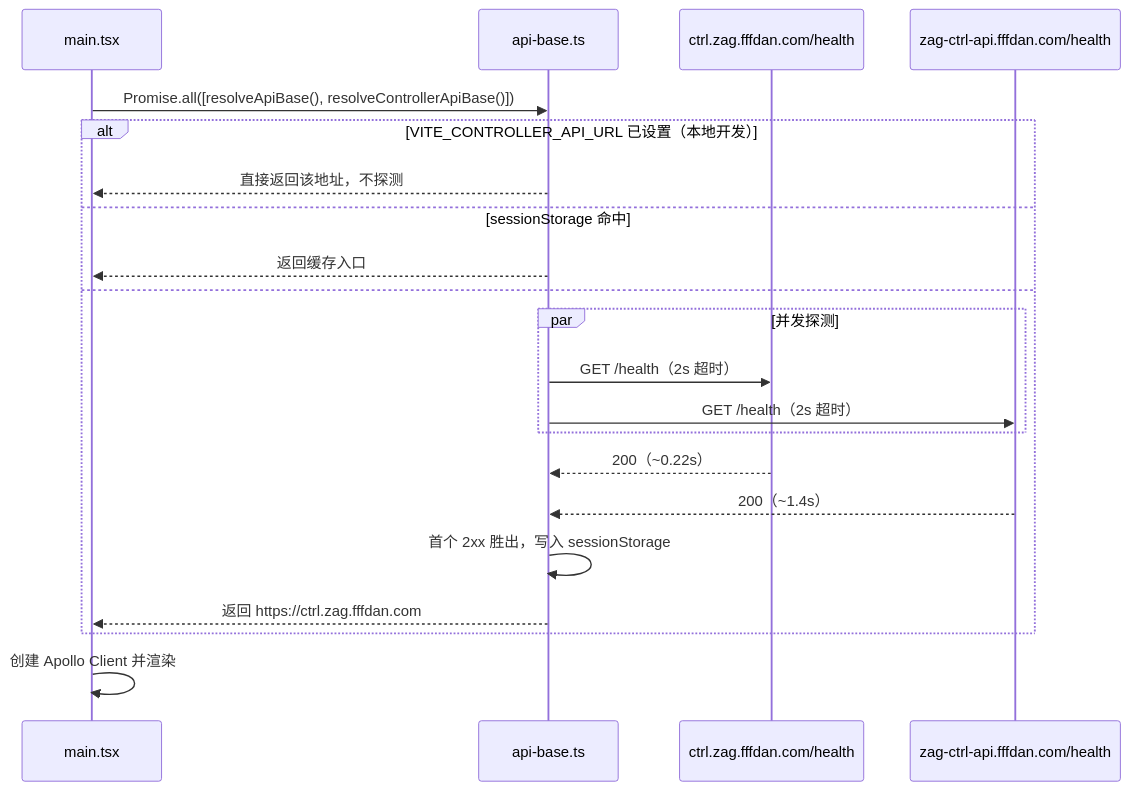
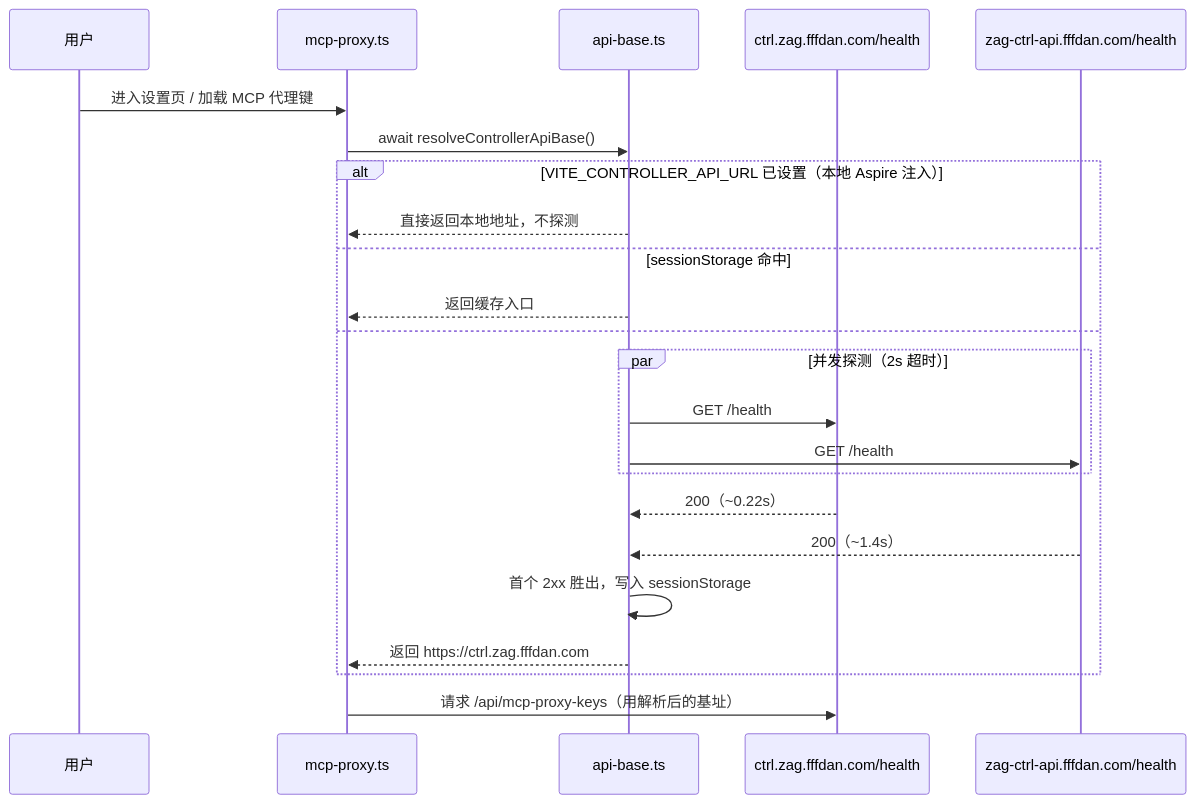
One commit to Deliay/z-agent-gear changed the second of 2 diagrams in docs/engineering/proposals/20261008-feat-domestic-api-acceleration.md. Above: the diagram before and after it, drawn with Mermaid. The commit also changed other lines of this file and 1 other file, not shown here.

Commit message:
docs: 按 review 意见修订——controller 惰性解析 + VITE_CONTROLLER_API_URL 影响评估（v1.1）

````diff
--- a/docs/engineering/proposals/20261008-feat-domestic-api-acceleration.md
+++ b/docs/engineering/proposals/20261008-feat-domestic-api-acceleration.md
@@ -128,24 +134,26 @@
 ```mermaid
 sequenceDiagram
-    participant M as main.tsx
+    participant U as 用户
+    participant P as mcp-proxy.ts
     participant R as api-base.ts
     participant H1 as ctrl.zag.fffdan.com/health
     participant H2 as zag-ctrl-api.fffdan.com/health
 
-    M->>R: Promise.all([resolveApiBase(), resolveControllerApiBase()])
-    alt VITE_CONTROLLER_API_URL 已设置（本地开发）
-        R-->>M: 直接返回该地址，不探测
+    U->>P: 进入设置页 / 加载 MCP 代理键
+    P->>R: await resolveControllerApiBase()
+    alt VITE_CONTROLLER_API_URL 已设置（本地 Aspire 注入）
+        R-->>P: 直接返回本地地址，不探测
     else sessionStorage 命中
-        R-->>M: 返回缓存入口
+        R-->>P: 返回缓存入口
     else
-        par 并发探测
-            R->>H1: GET /health（2s 超时）
-            R->>H2: GET /health（2s 超时）
+        par 并发探测（2s 超时）
+            R->>H1: GET /health
+            R->>H2: GET /health
         end
         H1-->>R: 200（~0.22s）
         H2-->>R: 200（~1.4s）
         R->>R: 首个 2xx 胜出，写入 sessionStorage
-        R-->>M: 返回 https://ctrl.zag.fffdan.com
+        R-->>P: 返回 https://ctrl.zag.fffdan.com
     end
-    M->>M: 创建 Apollo Client 并渲染
+    P->>H1: 请求 /api/mcp-proxy-keys（用解析后的基址）
 ```
````
